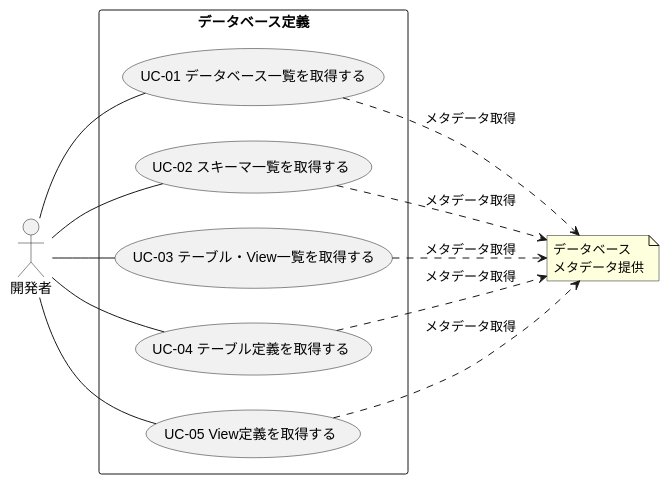
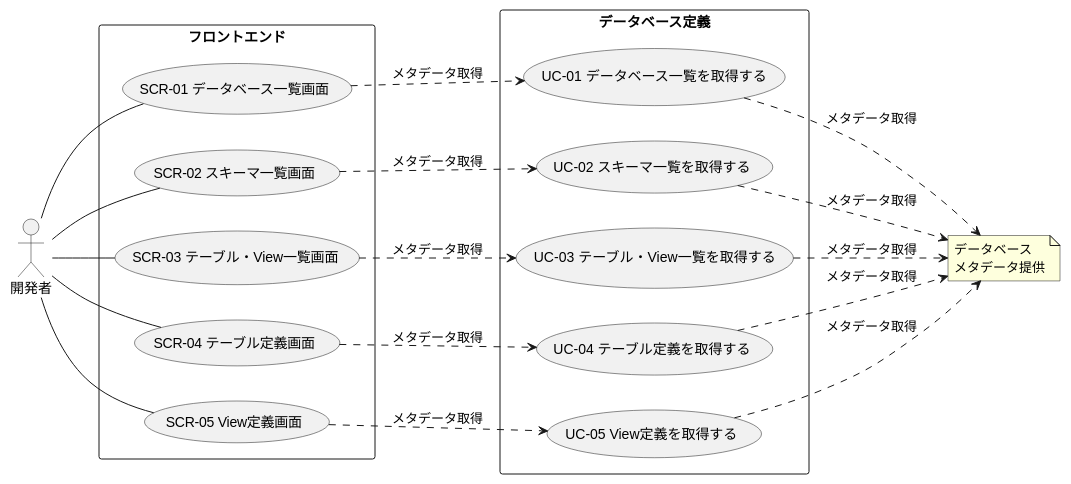
The diagram in docs/12 RDRA モデル/06 機能要件/03.開発運用/08.データベース定義/03.システム境界/03.ユースケース/03.ユースケース図.md (mizo432/modulith-learning), drawn with PlantUML before and after one commit. The commit also changed 113 other files, not shown here.

````diff
--- a/docs/12 RDRA モデル/06 機能要件/03.開発運用/08.データベース定義/03.システム境界/03.ユースケース/03.ユースケース図.md
+++ b/docs/12 RDRA モデル/06 機能要件/03.開発運用/08.データベース定義/03.システム境界/03.ユースケース/03.ユースケース図.md
@@ -7,30 +7,43 @@
 ```plantuml
 @startuml
 left to right direction
 
 actor "開発者" as developer
+rectangle "フロントエンド" {
+  usecase "SCR-01 データベース一覧画面" as SCR01
+  usecase "SCR-02 スキーマ一覧画面" as SCR02
+  usecase "SCR-03 テーブル・View一覧画面" as SCR03
+  usecase "SCR-04 テーブル定義画面" as SCR04
+  usecase "SCR-05 View定義画面" as SCR05
+}
 
 rectangle "データベース定義" {
   usecase "UC-01 データベース一覧を取得する" as UC01
   usecase "UC-02 スキーマ一覧を取得する" as UC02
   usecase "UC-03 テーブル・View一覧を取得する" as UC03
   usecase "UC-04 テーブル定義を取得する" as UC04
   usecase "UC-05 View定義を取得する" as UC05
 }
 
 note "データベース\nメタデータ提供" as db
 
-developer -- UC01
-developer -- UC02
-developer -- UC03
-developer -- UC04
-developer -- UC05
+developer -- SCR01
+developer -- SCR02
+developer -- SCR03
+developer -- SCR04
+developer -- SCR05
+
+SCR01 ..> UC01 : メタデータ取得
+SCR02 ..> UC02 : メタデータ取得
+SCR03 ..> UC03 : メタデータ取得
+SCR04 ..> UC04 : メタデータ取得
+SCR05 ..> UC05 : メタデータ取得
 
 UC01 ..> db : メタデータ取得
 UC02 ..> db : メタデータ取得
 UC03 ..> db : メタデータ取得
 UC04 ..> db : メタデータ取得
 UC05 ..> db : メタデータ取得
 
 @enduml
 ```
````
